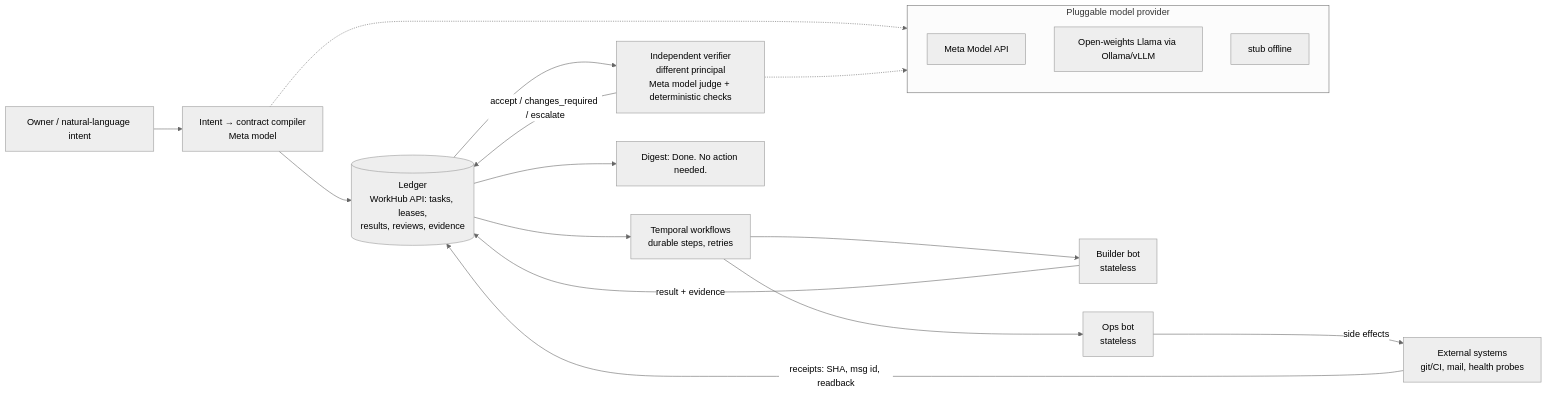
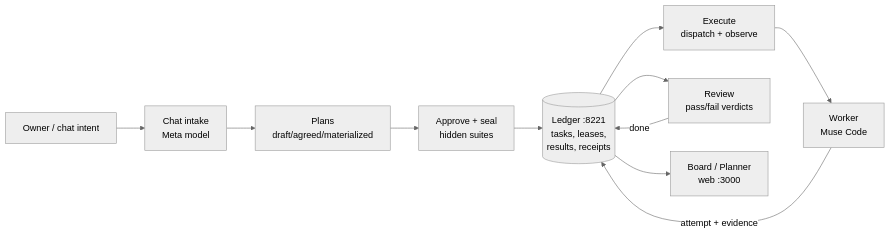
Before and after one commit to Anxy/rouvr: the diagram in README.md, drawn with Mermaid (neutral theme). The commit also changed other lines of this file and 2 other files, not shown here.

````diff
--- a/README.md
+++ b/README.md
@@ -114,21 +56,13 @@
 ```mermaid
 flowchart LR
-  U[Owner / natural-language intent] --> IC[Intent → contract compiler<br/>Meta model]
-  IC --> L[(Ledger<br/>WorkHub API: tasks, leases,<br/>results, reviews, evidence)]
-  L --> T[Temporal workflows<br/>durable steps, retries]
-  T --> B1[Builder bot<br/>stateless]
-  T --> B2[Ops bot<br/>stateless]
-  B1 -->|result + evidence| L
-  B2 -->|side effects| X[External systems<br/>git/CI, mail, health probes]
-  X -->|receipts: SHA, msg id, readback| L
-  L --> V[Independent verifier<br/>different principal<br/>Meta model judge + deterministic checks]
-  V -->|accept / changes_required / escalate| L
-  L --> D[Digest: Done. No action needed.]
-  subgraph Models [Pluggable model provider]
-    M1[Meta Model API]
-    M2[Open-weights Llama via Ollama/vLLM]
-    M3[stub offline]
-  end
-  IC -.-> Models
-  V -.-> Models
+  U[Owner / chat intent] --> C[Chat intake<br/>Meta model]
+  C --> P[Plans<br/>draft/agreed/materialized]
+  P --> A[Approve + seal<br/>hidden suites]
+  A --> L[(Ledger :8221<br/>tasks, leases,<br/>results, receipts)]
+  L --> E[Execute<br/>dispatch + observe]
+  E --> W[Worker<br/>Muse Code]
+  W -->|attempt + evidence| L
+  L --> V[Review<br/>pass/fail verdicts]
+  V -->|done| L
+  L --> B[Board / Planner<br/>web :3000]
 ```
````
